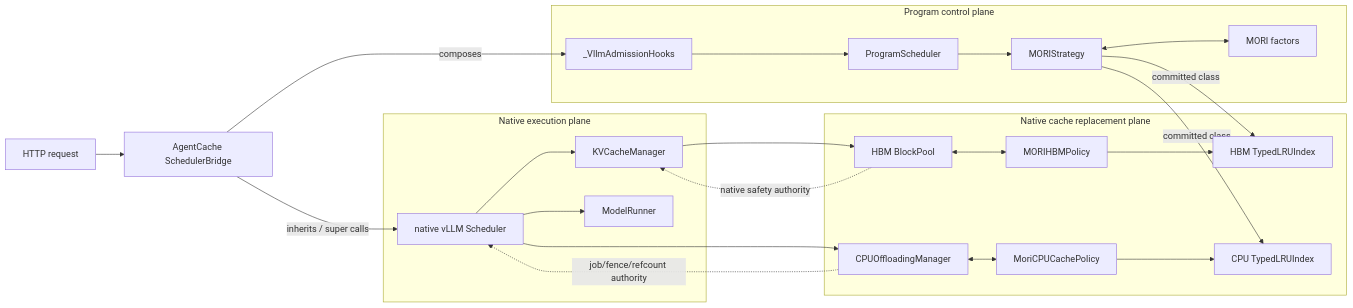
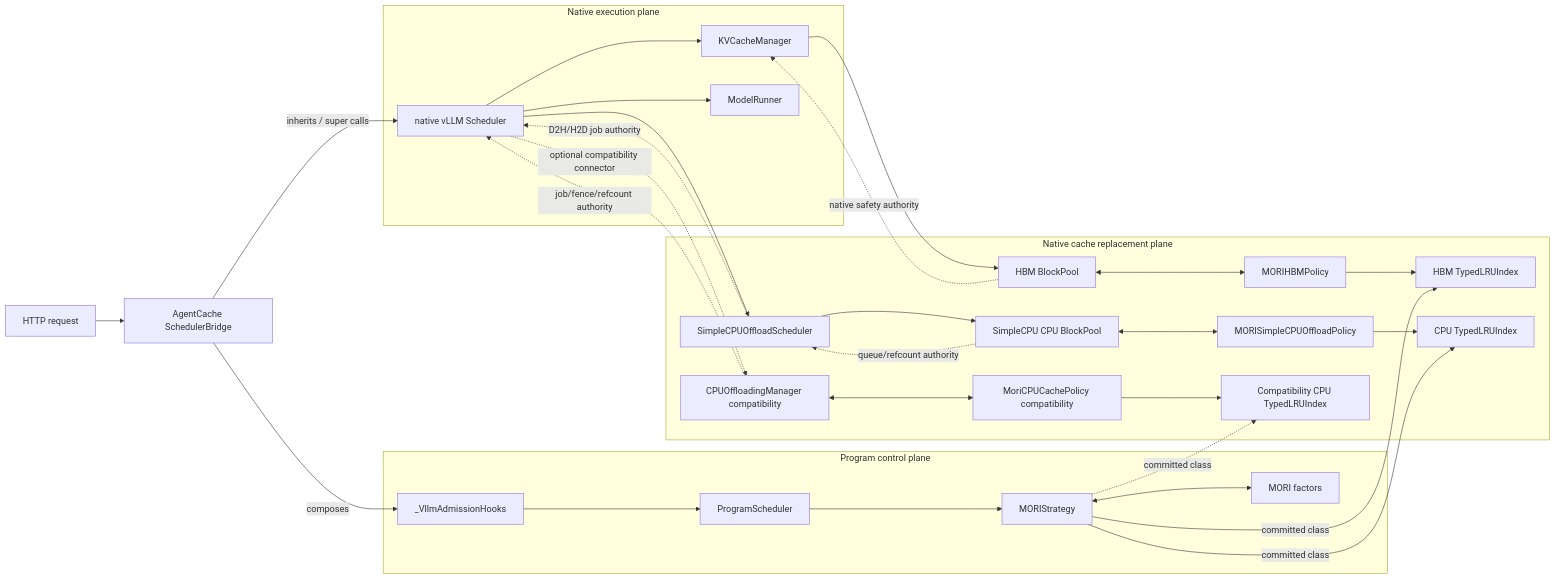
One commit to potatoZhx/agent-infer changed the third of 21 diagrams in design/module/scheduling/mori-implementation.zh-CN.md. Above: the diagram before and after it, drawn with Mermaid. The commit also changed other lines of this file, not shown here.

Commit message:
docs: update MORI implementation guide for SimpleCPU

````diff
--- a/design/module/scheduling/mori-implementation.zh-CN.md
+++ b/design/module/scheduling/mori-implementation.zh-CN.md
@@ -158,41 +154,51 @@
 ```mermaid
 flowchart LR
     REQ[HTTP request] --> BR[AgentCache SchedulerBridge]
 
     subgraph CONTROL[Program control plane]
       HOOKS[_VllmAdmissionHooks]
       PS[ProgramScheduler]
       MS[MORIStrategy]
       FAC[MORI factors]
       HOOKS --> PS --> MS
       MS <--> FAC
     end
 
     subgraph ENGINE[Native execution plane]
       NS[native vLLM Scheduler]
       KVM[KVCacheManager]
       MR[ModelRunner]
       NS --> KVM
       NS --> MR
     end
 
     subgraph CACHE[Native cache replacement plane]
       BP[HBM BlockPool]
       HP[MORIHBMPolicy]
-      OM[CPUOffloadingManager]
-      CP[MoriCPUCachePolicy]
+      SS[SimpleCPUOffloadScheduler]
+      SBP[SimpleCPU CPU BlockPool]
+      SCP[MORISimpleCPUOffloadPolicy]
+      OM[CPUOffloadingManager compatibility]
+      CP[MoriCPUCachePolicy compatibility]
       IDX1[HBM TypedLRUIndex]
       IDX2[CPU TypedLRUIndex]
+      IDX3[Compatibility CPU TypedLRUIndex]
       BP <--> HP --> IDX1
-      OM <--> CP --> IDX2
+      SS --> SBP
+      SBP <--> SCP --> IDX2
+      OM <--> CP --> IDX3
     end
 
     BR -->|composes| HOOKS
     BR -- inherits / super calls --> NS
     KVM --> BP
-    NS --> OM
+    NS --> SS
+    NS -. optional compatibility connector .-> OM
     MS -- committed class --> IDX1
     MS -- committed class --> IDX2
+    MS -. committed class .-> IDX3
     BP -. native safety authority .-> KVM
+    SBP -. queue/refcount authority .-> SS
+    SS -. D2H/H2D job authority .-> NS
     OM -. job/fence/refcount authority .-> NS
 ```
````
